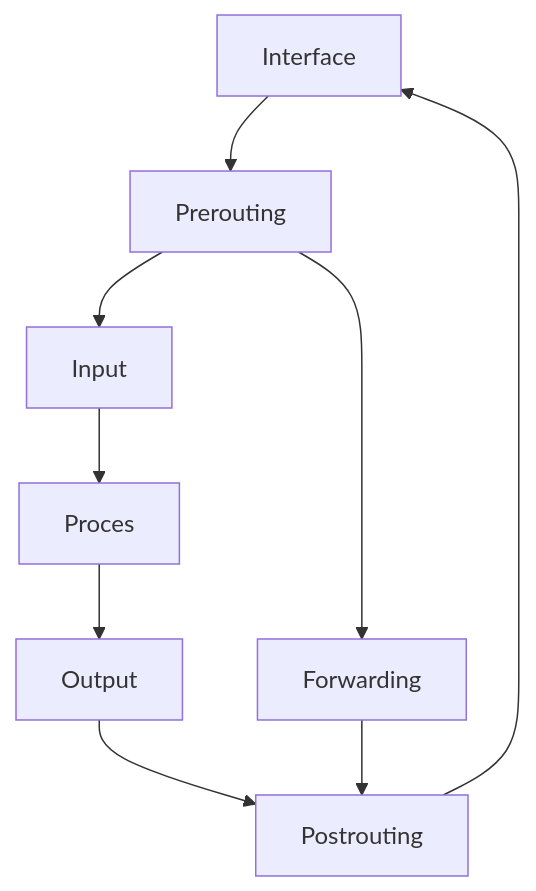
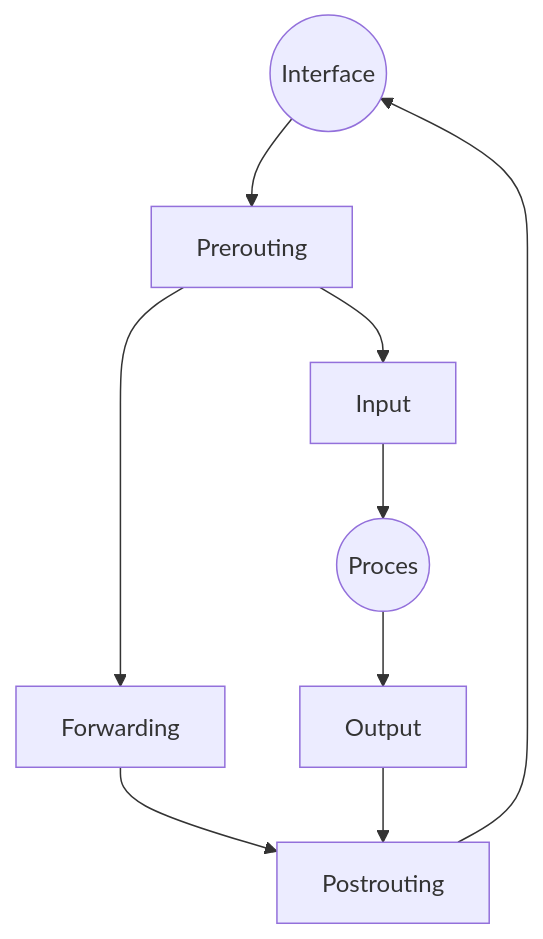
Before and after one commit to Adega318/uni-apuntes: the diagram in 3/3.1/lsi/teoríca/lsi-firewall.md, drawn with Mermaid. The commit also changed other lines of this file, not shown here.

Commit message:
vault backup: 2023-11-22 11:02:12

````diff
--- a/3/3.1/lsi/teoríca/lsi-firewall.md
+++ b/3/3.1/lsi/teoríca/lsi-firewall.md
@@ -2,5 +2,8 @@
 ```mermaid
 flowchart TD
-Interface-->Prerouting-->Input-->Proces-->Output-->Postrouting-->Interface
+I((Interface))
+P((Proces))
+I-->Prerouting-->Input-->P
 Prerouting-->Forwarding-->Postrouting
+P-->Output-->Postrouting-->I
 ```
````
